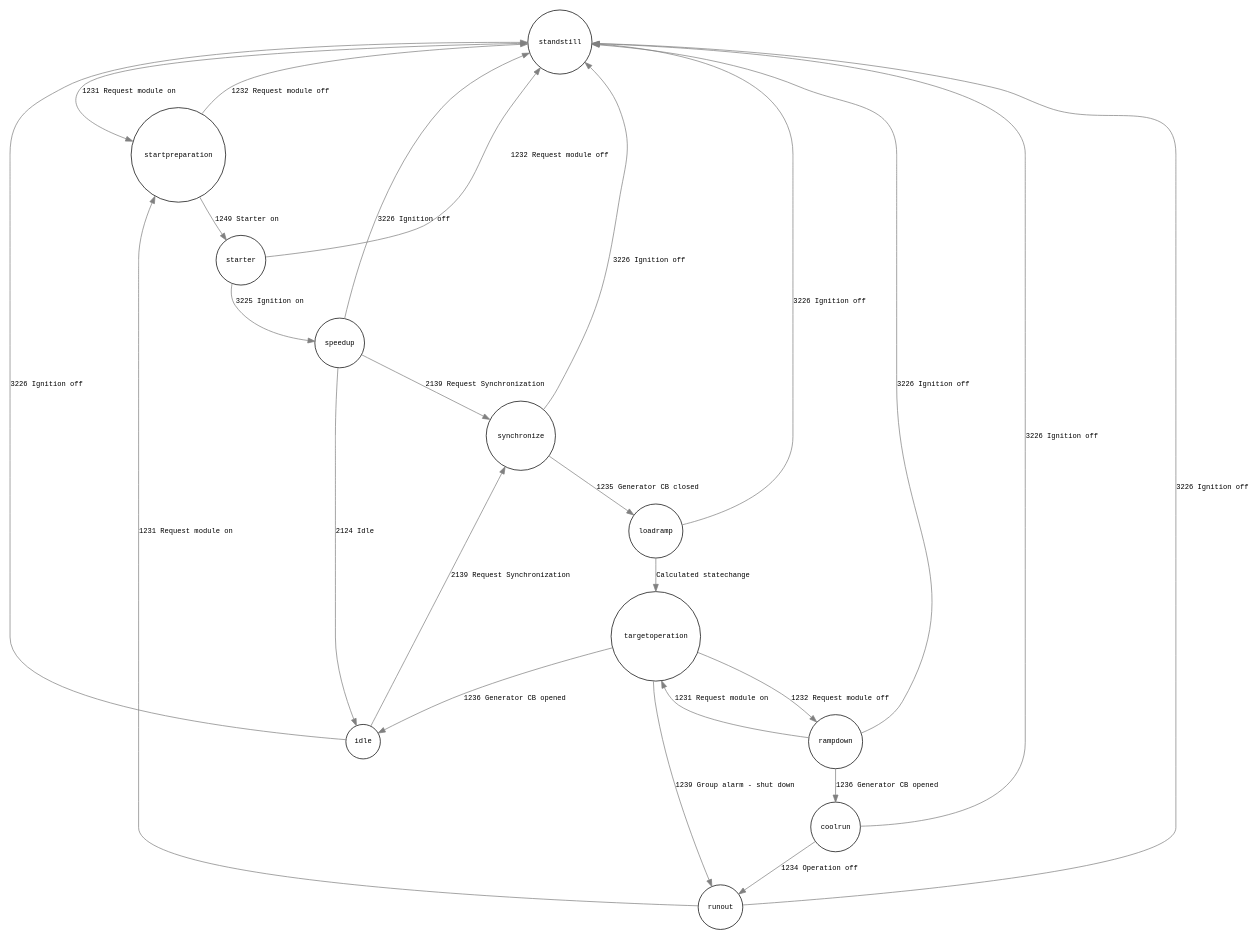
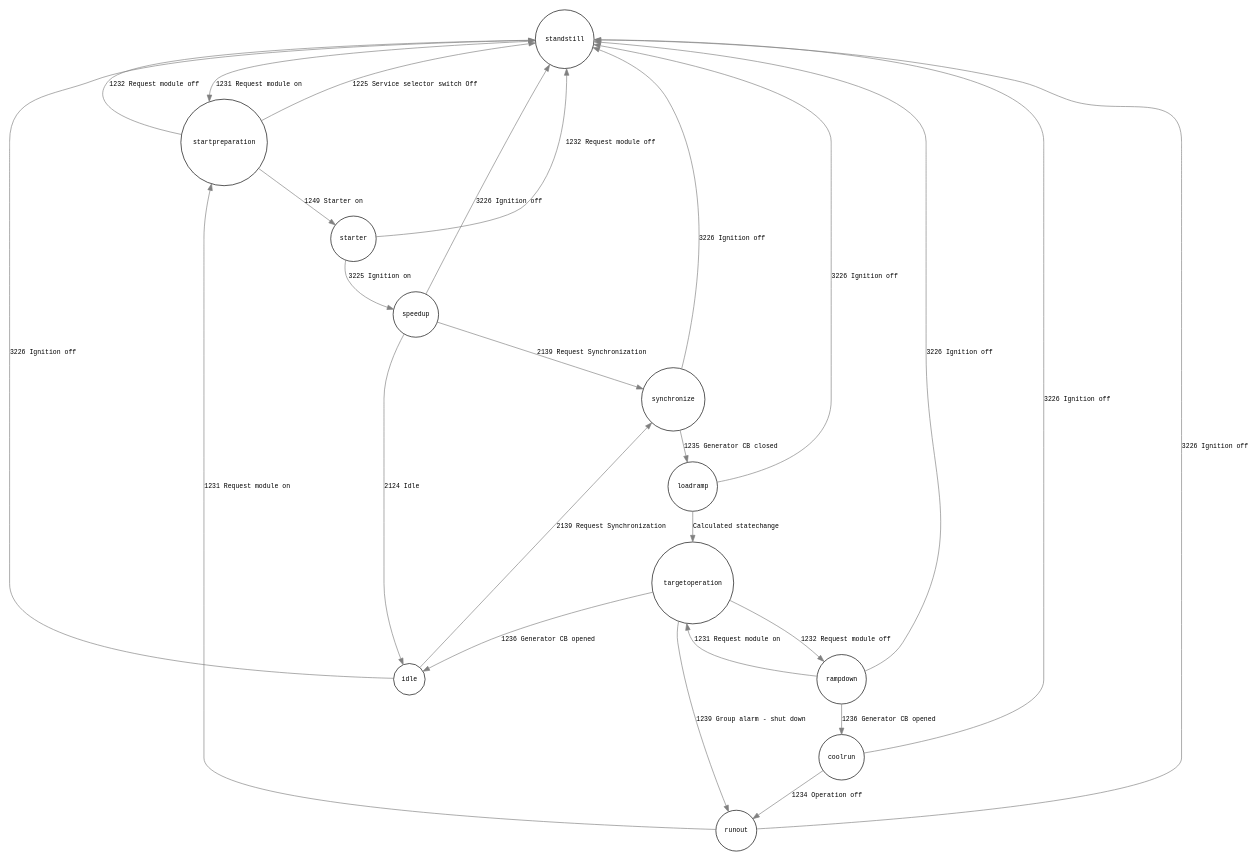
Before and after one commit to dieterch/statemachine: the diagram in Results/FSM.dot, drawn with Graphviz. The commit also changed 4 other files, not shown here.

```diff
--- a/Results/FSM.dot
+++ b/Results/FSM.dot
@@ -1,40 +1,41 @@
 digraph G {
     graph [rankdir=TB labelfontcolor=red fontname="monospace" nodesep=1 size="20,33"]
     node [fontname="monospace" fontsize=10  shape="circle"]
     edge [fontname="monospace" color="grey" fontsize=10]
     standstill [label="standstill"]
     standstill -> startpreparation [label="1231 Request module on"]
     startpreparation [label="startpreparation"]
     startpreparation -> starter [label="1249 Starter on"]
+    startpreparation -> standstill [label="1225 Service selector switch Off"]
     startpreparation -> standstill [label="1232 Request module off"]
     starter [label="starter"]
     starter -> speedup [label="3225 Ignition on"]
     starter -> standstill [label="1232 Request module off"]
     speedup [label="speedup"]
     speedup -> idle [label="2124 Idle"]
     speedup -> synchronize [label="2139 Request Synchronization"]
     speedup -> standstill [label="3226 Ignition off"]
     idle [label="idle"]
     idle -> synchronize [label="2139 Request Synchronization"]
     idle -> standstill [label="3226 Ignition off"]
     synchronize [label="synchronize"]
     synchronize -> loadramp [label="1235 Generator CB closed"]
     synchronize -> standstill [label="3226 Ignition off"]
     loadramp [label="loadramp"]
     loadramp -> standstill [label="3226 Ignition off"]
     loadramp -> targetoperation [label="Calculated statechange"]
     targetoperation [label="targetoperation"]
     targetoperation -> rampdown [label="1232 Request module off"]
     targetoperation -> runout [label="1239 Group alarm - shut down"]
     targetoperation -> idle [label="1236 Generator CB opened"]
     rampdown [label="rampdown"]
     rampdown -> coolrun [label="1236 Generator CB opened"]
     rampdown -> standstill [label="3226 Ignition off"]
     rampdown -> targetoperation [label="1231 Request module on"]
     coolrun [label="coolrun"]
     coolrun -> runout [label="1234 Operation off"]
     coolrun -> standstill [label="3226 Ignition off"]
     runout [label="runout"]
     runout -> standstill [label="3226 Ignition off"]
     runout -> startpreparation [label="1231 Request module on"]
 }
```
